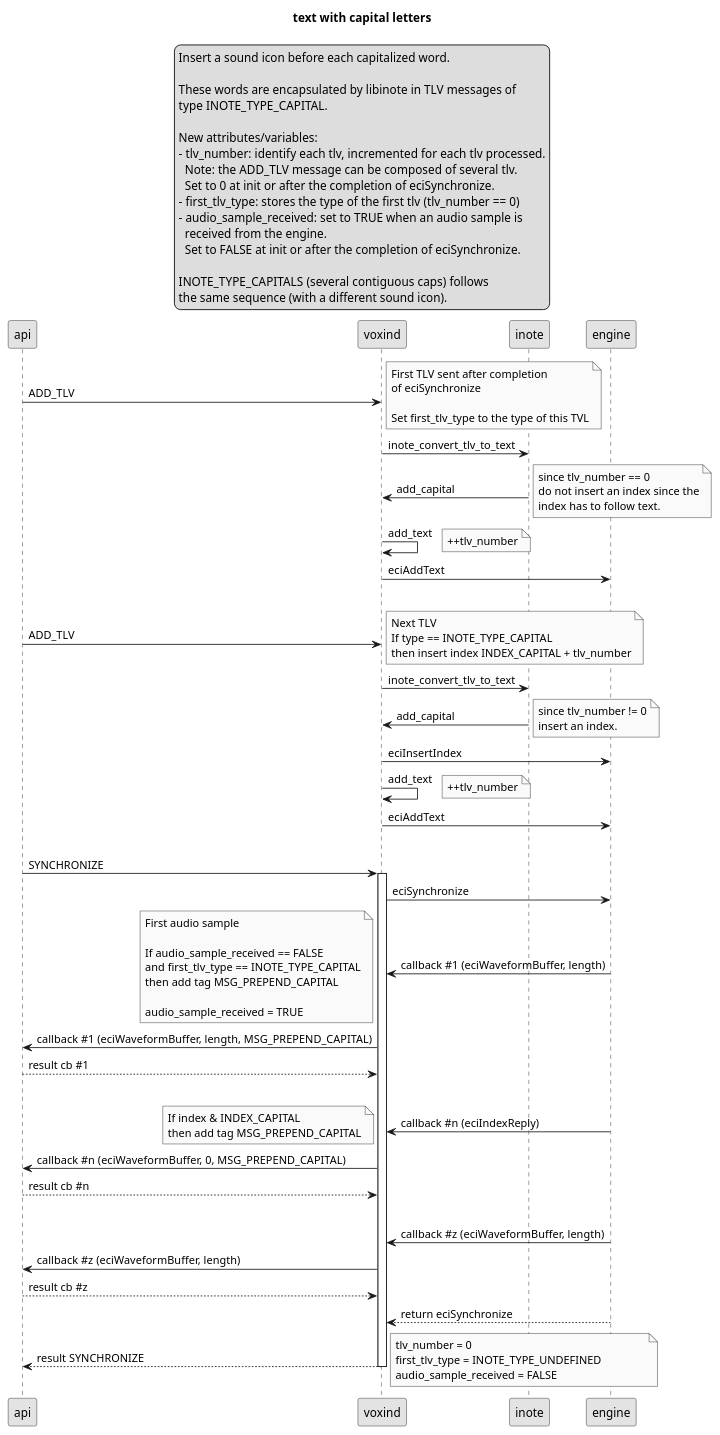
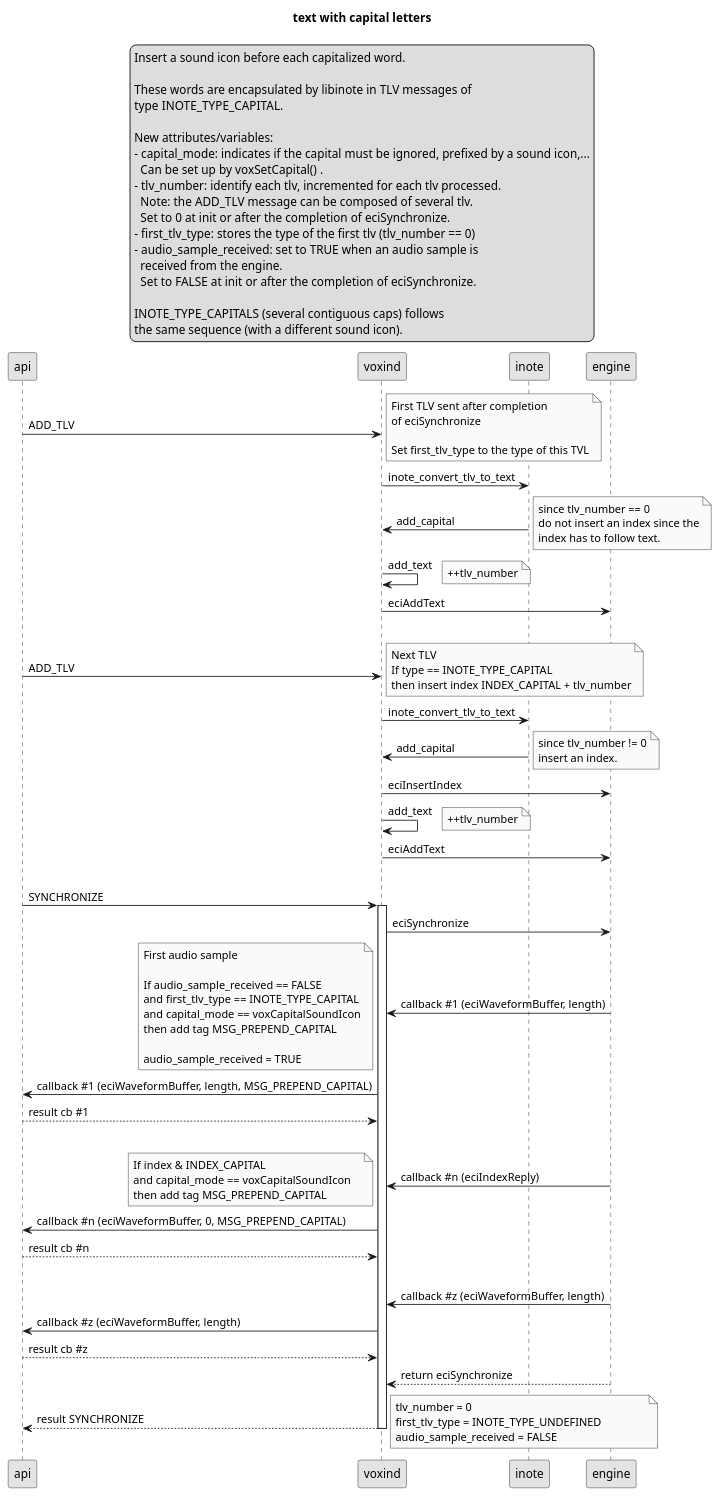
One commit to Oralux/libvoxin changed the diagram in doc/capital_letter.puml. Above: the diagram before and after it, drawn with PlantUML. The commit also changed 6 other files, not shown here.

First line of the commit message:
Get Versions, Capital mode

```diff
--- a/doc/capital_letter.puml
+++ b/doc/capital_letter.puml
@@ -1,97 +1,101 @@
 @startuml
 title text with capital letters
 skinparam monochrome true
 legend top
 	Insert a sound icon before each capitalized word.
 
 	These words are encapsulated by libinote in TLV messages of
 	type INOTE_TYPE_CAPITAL.
 	
 	New attributes/variables:
+	- capital_mode: indicates if the capital must be ignored, prefixed by a sound icon,...
+	  Can be set up by voxSetCapital() .
 	- tlv_number: identify each tlv, incremented for each tlv processed.
 	  Note: the ADD_TLV message can be composed of several tlv.
 	  Set to 0 at init or after the completion of eciSynchronize.
 	- first_tlv_type: stores the type of the first tlv (tlv_number == 0)
 	- audio_sample_received: set to TRUE when an audio sample is
 	  received from the engine.
 	  Set to FALSE at init or after the completion of eciSynchronize.
 
 	INOTE_TYPE_CAPITALS (several contiguous caps) follows
 	the same sequence (with a different sound icon).
 end legend
 api -> voxind : ADD_TLV
 note right
 	First TLV sent after completion
 	of eciSynchronize
 			
 	Set first_tlv_type to the type of this TVL
 end note
 voxind -> inote : inote_convert_tlv_to_text
 inote -> voxind : add_capital
 note right
 	since tlv_number == 0
 	do not insert an index since the
 	index has to follow text.
 end note	
 voxind -> voxind : add_text
 note right
 	++tlv_number
 end note	
 voxind -> engine : eciAddText
 |||
 api -> voxind : ADD_TLV
 note right
 	Next TLV
 	If type == INOTE_TYPE_CAPITAL
 	then insert index INDEX_CAPITAL + tlv_number
 end note
 voxind -> inote : inote_convert_tlv_to_text
 inote -> voxind : add_capital
 note right
 	since tlv_number != 0
 	insert an index.
 end note	
 voxind -> engine : eciInsertIndex
 voxind -> voxind : add_text
 note right
 	++tlv_number
 end note	
 voxind -> engine : eciAddText
 |||
 api -> voxind : SYNCHRONIZE
 activate voxind
 voxind -> engine : eciSynchronize
 engine -> voxind : callback #1 (eciWaveformBuffer, length)
 note left
 	First audio sample
 
 	If audio_sample_received == FALSE
 	and first_tlv_type == INOTE_TYPE_CAPITAL
+	and capital_mode == voxCapitalSoundIcon
 	then add tag MSG_PREPEND_CAPITAL
 
 	audio_sample_received = TRUE
 end note
 voxind -> api : callback #1 (eciWaveformBuffer, length, MSG_PREPEND_CAPITAL)
 api --> voxind : result cb #1
 |||
 engine -> voxind: callback #n (eciIndexReply)
 note left
 	If index & INDEX_CAPITAL
+	and capital_mode == voxCapitalSoundIcon	
 	then add tag MSG_PREPEND_CAPITAL
 end note
 voxind -> api : callback #n (eciWaveformBuffer, 0, MSG_PREPEND_CAPITAL)
 api --> voxind : result cb #n
 |||
 engine -> voxind : callback #z (eciWaveformBuffer, length)
 voxind -> api : callback #z (eciWaveformBuffer, length)
 api --> voxind : result cb #z
 
 engine --> voxind : return eciSynchronize
 voxind --> api : result SYNCHRONIZE
 note right
 	tlv_number = 0
 	first_tlv_type = INOTE_TYPE_UNDEFINED		
 	audio_sample_received = FALSE
 end note
 deactivate voxind
 @enduml
```
